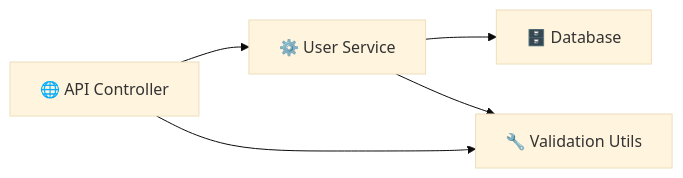
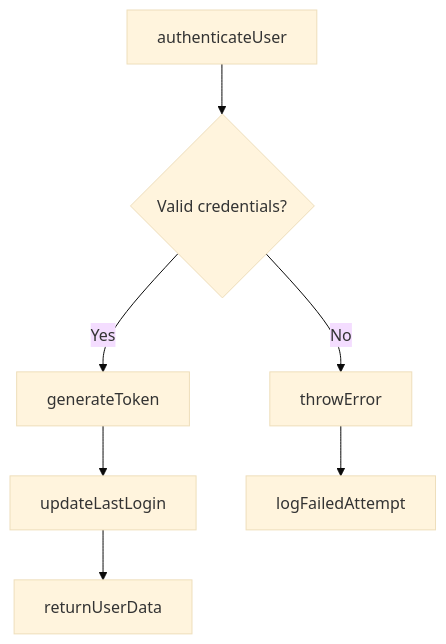
The fourth of 4 diagrams in README.md (jatin2507/docdelta), drawn with Mermaid (base theme) before and after one commit. The commit also changed other lines of this file and 6 other files, not shown here.

````diff
--- a/README.md
+++ b/README.md
@@ -240,7 +272,9 @@
 ```mermaid
-graph LR
-    A[🌐 API Controller] --> B[⚙️ User Service]
-    B --> C[🗄️ Database]
-    A --> D[🔧 Validation Utils]
-    B --> D
+flowchart TD
+    A[authenticateUser] --> B{Valid credentials?}
+    B -->|Yes| C[generateToken]
+    B -->|No| D[throwError]
+    C --> E[updateLastLogin]
+    E --> F[returnUserData]
+    D --> G[logFailedAttempt]
 ```
````
